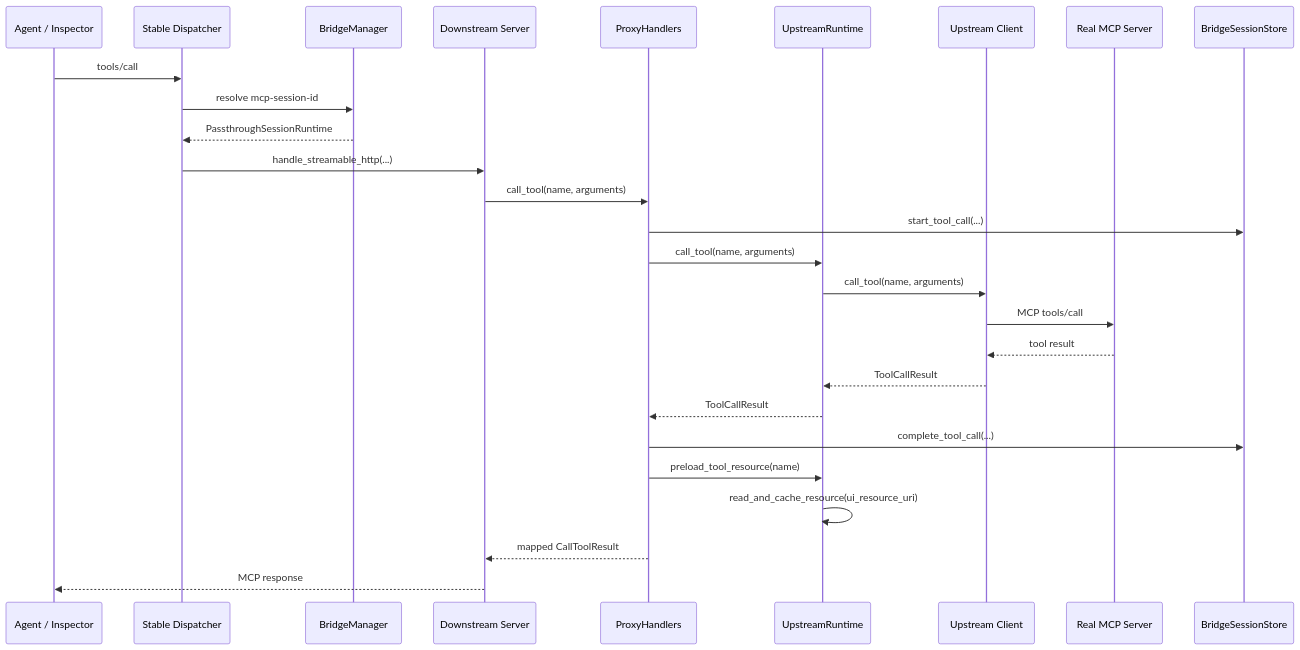
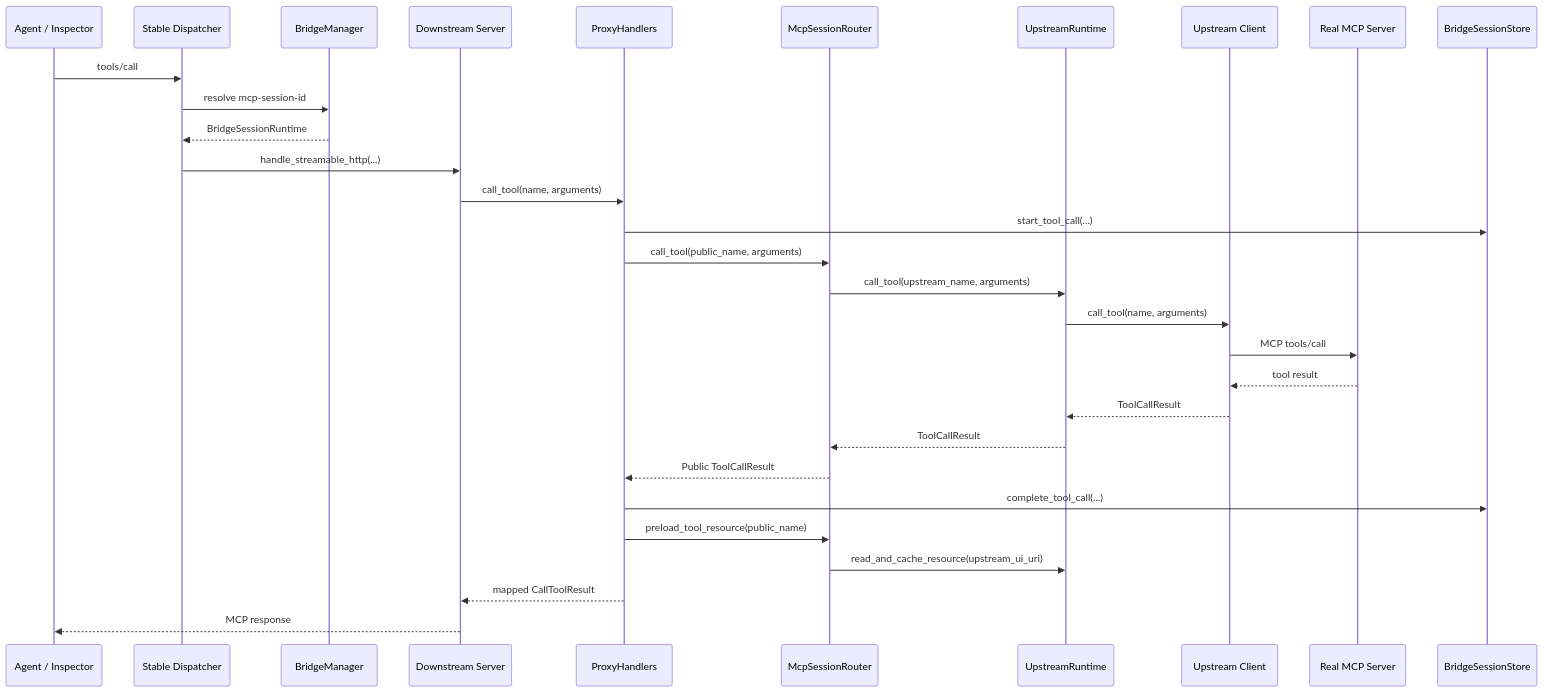
One commit to JilongSun/mcpapps-bridge changed the second of 3 diagrams in docs/architecture/mcp-layer.md. Above: the diagram before and after it, drawn with Mermaid. The commit also changed other lines of this file and 31 other files, not shown here.

````diff
--- a/docs/architecture/mcp-layer.md
+++ b/docs/architecture/mcp-layer.md
@@ -192,30 +192,33 @@
 ```mermaid
 sequenceDiagram
     participant Client as Agent / Inspector
     participant API as Stable Dispatcher
     participant Manager as BridgeManager
     participant DS as Downstream Server
     participant H as ProxyHandlers
+    participant Router as McpSessionRouter
     participant RT as UpstreamRuntime
     participant UP as Upstream Client
     participant Real as Real MCP Server
     participant Store as BridgeSessionStore
 
     Client->>API: tools/call
     API->>Manager: resolve mcp-session-id
-    Manager-->>API: PassthroughSessionRuntime
+    Manager-->>API: BridgeSessionRuntime
     API->>DS: handle_streamable_http(...)
     DS->>H: call_tool(name, arguments)
     H->>Store: start_tool_call(...)
-    H->>RT: call_tool(name, arguments)
+    H->>Router: call_tool(public_name, arguments)
+    Router->>RT: call_tool(upstream_name, arguments)
     RT->>UP: call_tool(name, arguments)
     UP->>Real: MCP tools/call
     Real-->>UP: tool result
     UP-->>RT: ToolCallResult
-    RT-->>H: ToolCallResult
+    RT-->>Router: ToolCallResult
+    Router-->>H: Public ToolCallResult
     H->>Store: complete_tool_call(...)
-    H->>RT: preload_tool_resource(name)
-    RT->>RT: read_and_cache_resource(ui_resource_uri)
+    H->>Router: preload_tool_resource(public_name)
+    Router->>RT: read_and_cache_resource(upstream_ui_uri)
     H-->>DS: mapped CallToolResult
     DS-->>Client: MCP response
 ```
````
